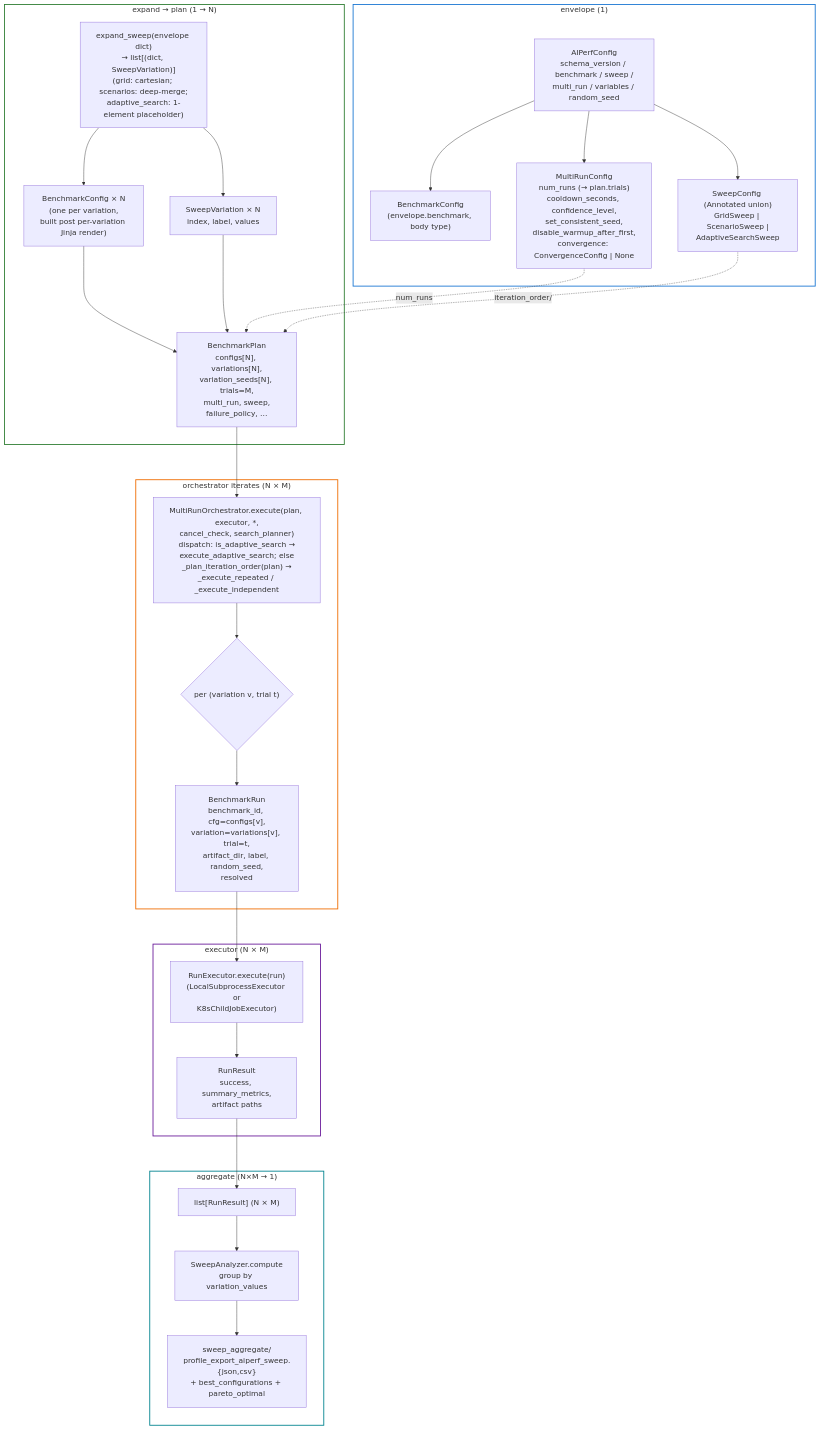
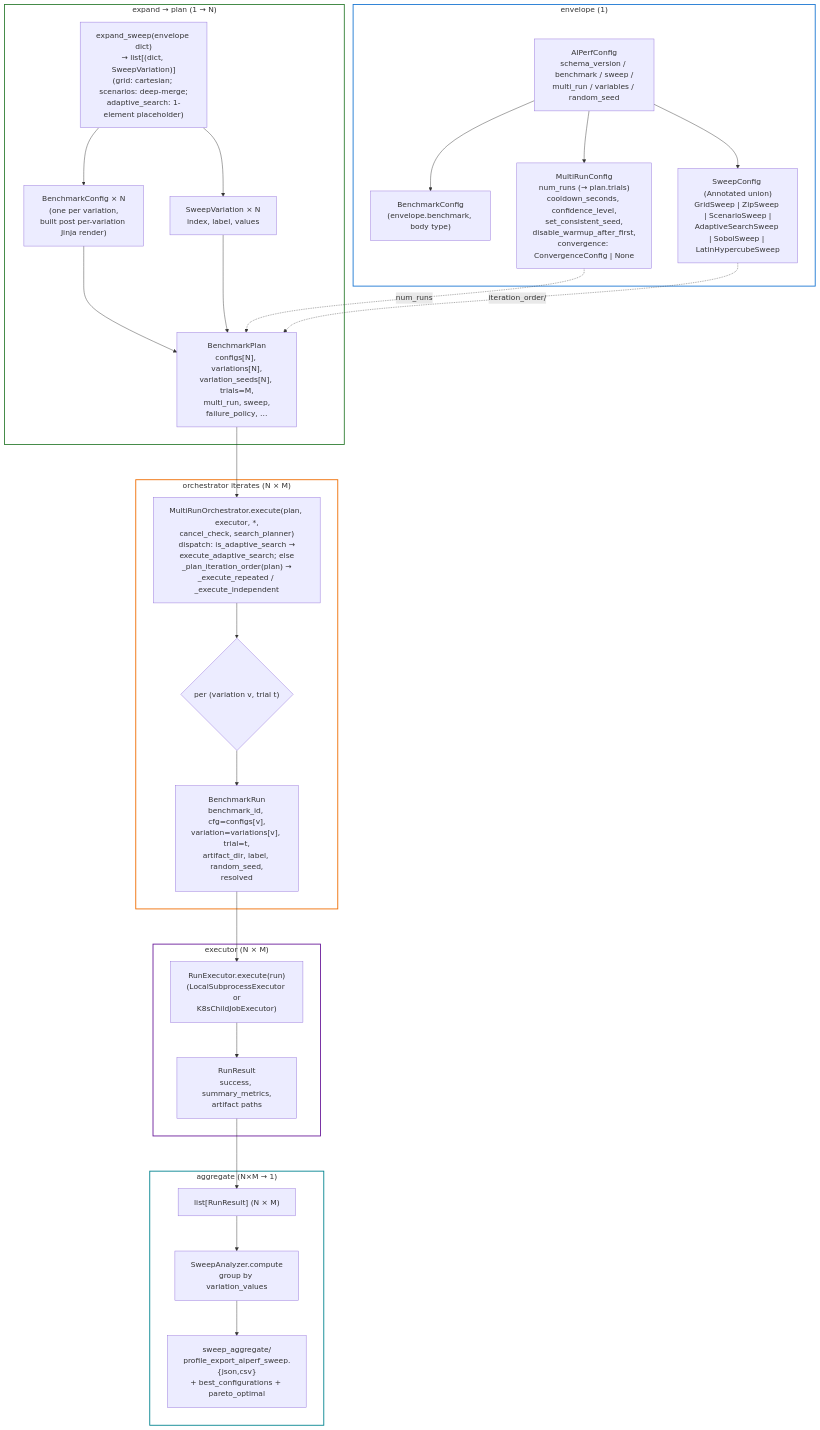
One commit to ai-dynamo/aiperf changed diagram 20 of 24 in docs/dev/sweep-orchestrator-flow.md. Above: the diagram before and after it, drawn with Mermaid. The commit also changed other lines of this file and 1 other file, not shown here.

First line of the commit message:
docs(sweep): regenerate ABC diagrams and correct planner/config/plugin facts

````diff
--- a/docs/dev/sweep-orchestrator-flow.md
+++ b/docs/dev/sweep-orchestrator-flow.md
@@ -1046,57 +1075,57 @@
 ```mermaid
 %%{init: {'flowchart': {'nodeSpacing': 60, 'rankSpacing': 80, 'padding': 18, 'htmlLabels': true, 'curve': 'basis'}, 'themeVariables': {'fontSize': '17px'}}}%%
 flowchart TB
     subgraph CFG["envelope (1)"]
         a["AIPerfConfig<br/>schema_version / benchmark / sweep /<br/>multi_run / variables / random_seed"]
         bc["BenchmarkConfig<br/>(envelope.benchmark, body type)"]
-        sw["SweepConfig (Annotated union)<br/>GridSweep | ScenarioSweep |<br/>AdaptiveSearchSweep"]
+        sw["SweepConfig (Annotated union)<br/>GridSweep | ZipSweep | ScenarioSweep |<br/>AdaptiveSearchSweep | SobolSweep | LatinHypercubeSweep"]
         mr["MultiRunConfig<br/>num_runs (→ plan.trials)<br/>cooldown_seconds, confidence_level,<br/>set_consistent_seed,<br/>disable_warmup_after_first,<br/>convergence: ConvergenceConfig | None"]
         a --> bc
         a --> sw
         a --> mr
     end
 
     subgraph EXP["expand → plan (1 → N)"]
         es["expand_sweep(envelope dict)<br/>→ list[(dict, SweepVariation)]<br/>(grid: cartesian; scenarios: deep-merge;<br/>adaptive_search: 1-element placeholder)"]
         cfgs["BenchmarkConfig × N<br/>(one per variation,<br/>built post per-variation Jinja render)"]
         vars["SweepVariation × N<br/>index, label, values"]
         bp["BenchmarkPlan<br/>configs[N], variations[N],<br/>variation_seeds[N], trials=M,<br/>multi_run, sweep,<br/>failure_policy, …"]
         es --> cfgs
         es --> vars
         cfgs --> bp
         vars --> bp
         mr -.num_runs.-> bp
         sw -.iteration_order/.-> bp
     end
 
     subgraph ITER["orchestrator iterates (N × M)"]
         orch["MultiRunOrchestrator.execute(plan, executor, *,<br/>cancel_check, search_planner)<br/>dispatch: is_adaptive_search →<br/>execute_adaptive_search; else<br/>_plan_iteration_order(plan) →<br/>_execute_repeated / _execute_independent"]
         loop{"per (variation v, trial t)"}
         run["BenchmarkRun<br/>benchmark_id, cfg=configs[v],<br/>variation=variations[v], trial=t,<br/>artifact_dir, label, random_seed,<br/>resolved"]
         orch --> loop
         loop --> run
     end
 
     subgraph EXEC["executor (N × M)"]
         re["RunExecutor.execute(run)<br/>(LocalSubprocessExecutor or<br/>K8sChildJobExecutor)"]
         rr["RunResult<br/>success, summary_metrics,<br/>artifact paths"]
         re --> rr
     end
 
     subgraph AGG["aggregate (N×M → 1)"]
         results["list[RunResult] (N × M)"]
         sa["SweepAnalyzer.compute<br/>group by variation_values"]
         out["sweep_aggregate/<br/>profile_export_aiperf_sweep.{json,csv}<br/>+ best_configurations + pareto_optimal"]
         results --> sa --> out
     end
 
     bp --> orch
     run --> re
     rr --> results
 
     style CFG fill:transparent,stroke:#1976d2,stroke-width:2px
     style EXP fill:transparent,stroke:#2e7d32,stroke-width:2px
     style ITER fill:transparent,stroke:#ef6c00,stroke-width:2px
     style EXEC fill:transparent,stroke:#6a1b9a,stroke-width:2px
     style AGG fill:transparent,stroke:#00838f,stroke-width:2px
 ```
````
